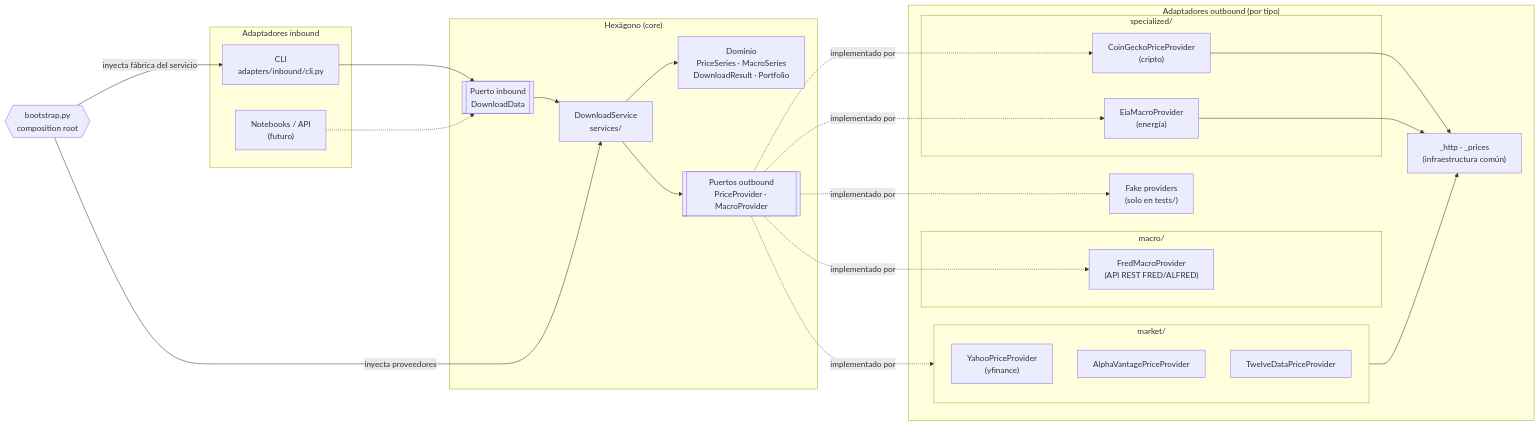
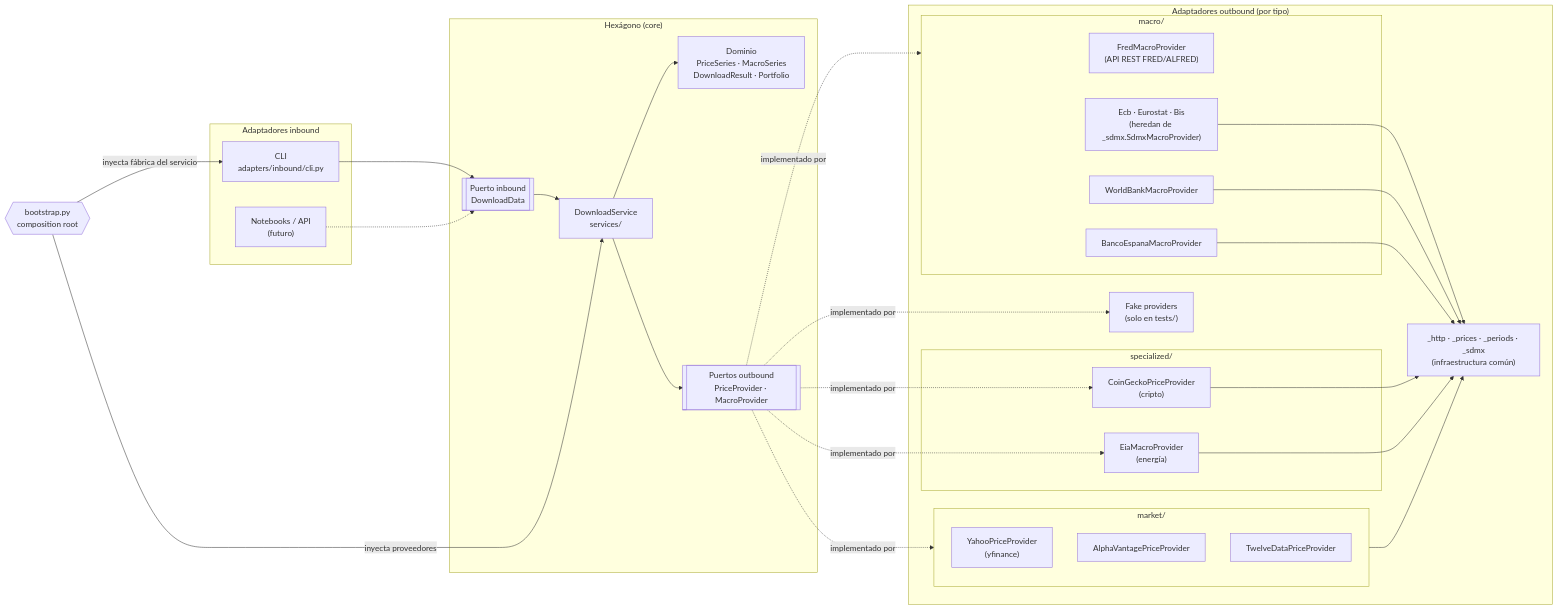
Before and after one commit to art3mvp/quant-finance-toolkit: the diagram in docs/architecture.md, drawn with Mermaid. The commit also changed other lines of this file and 4 other files, not shown here.

````diff
--- a/docs/architecture.md
+++ b/docs/architecture.md
@@ -9,49 +9,55 @@
 ```mermaid
 flowchart LR
     subgraph IN["Adaptadores inbound"]
         CLI["CLI<br/>adapters/inbound/cli.py"]
         NB["Notebooks / API<br/>(futuro)"]
     end
 
     subgraph HEX["Hexágono (core)"]
         PIN[["Puerto inbound<br/>DownloadData"]]
         SVC["DownloadService<br/>services/"]
         DOM["Dominio<br/>PriceSeries · MacroSeries<br/>DownloadResult · Portfolio"]
         POUT[["Puertos outbound<br/>PriceProvider · MacroProvider"]]
         PIN --> SVC
         SVC --> DOM
         SVC --> POUT
     end
 
     subgraph OUT["Adaptadores outbound (por tipo)"]
         subgraph MKT["market/"]
             YF["YahooPriceProvider<br/>(yfinance)"]
             AV["AlphaVantagePriceProvider"]
             TD["TwelveDataPriceProvider"]
         end
         subgraph MAC["macro/"]
             FRED["FredMacroProvider<br/>(API REST FRED/ALFRED)"]
+            SDMX["Ecb · Eurostat · Bis<br/>(heredan de _sdmx.SdmxMacroProvider)"]
+            WB["WorldBankMacroProvider"]
+            BDE["BancoEspanaMacroProvider"]
         end
         subgraph SPE["specialized/"]
             CG["CoinGeckoPriceProvider<br/>(cripto)"]
             EIA["EiaMacroProvider<br/>(energía)"]
         end
-        HTTP["_http · _prices<br/>(infraestructura común)"]
+        HTTP["_http · _prices · _periods · _sdmx<br/>(infraestructura común)"]
         FAKE["Fake providers<br/>(solo en tests/)"]
     end
 
     CLI --> PIN
     NB -.-> PIN
     POUT -. implementado por .-> MKT
-    POUT -. implementado por .-> FRED
+    POUT -. implementado por .-> MAC
     POUT -. implementado por .-> CG
     POUT -. implementado por .-> EIA
     POUT -. implementado por .-> FAKE
     MKT --> HTTP
+    SDMX --> HTTP
+    WB --> HTTP
+    BDE --> HTTP
     CG --> HTTP
     EIA --> HTTP
 
     BOOT{{"bootstrap.py<br/>composition root"}}
     BOOT -- inyecta proveedores --> SVC
     BOOT -- inyecta fábrica del servicio --> CLI
 ```
````
